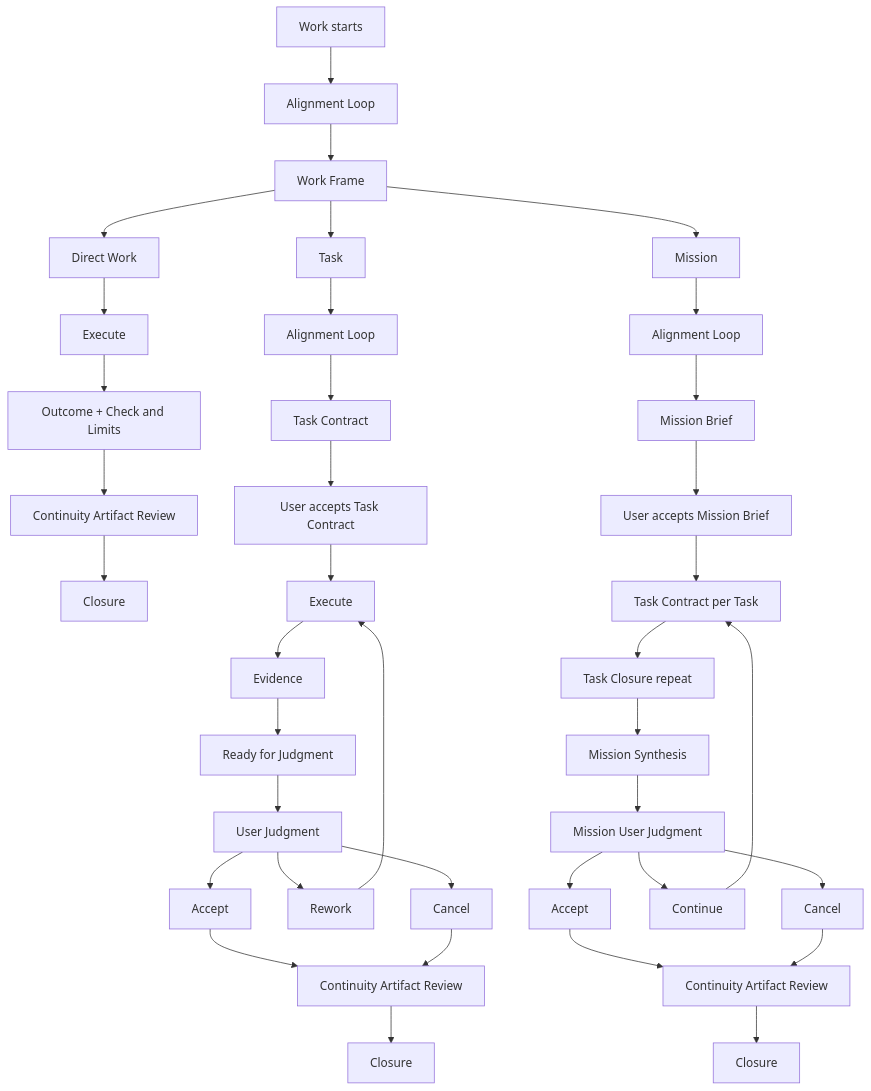
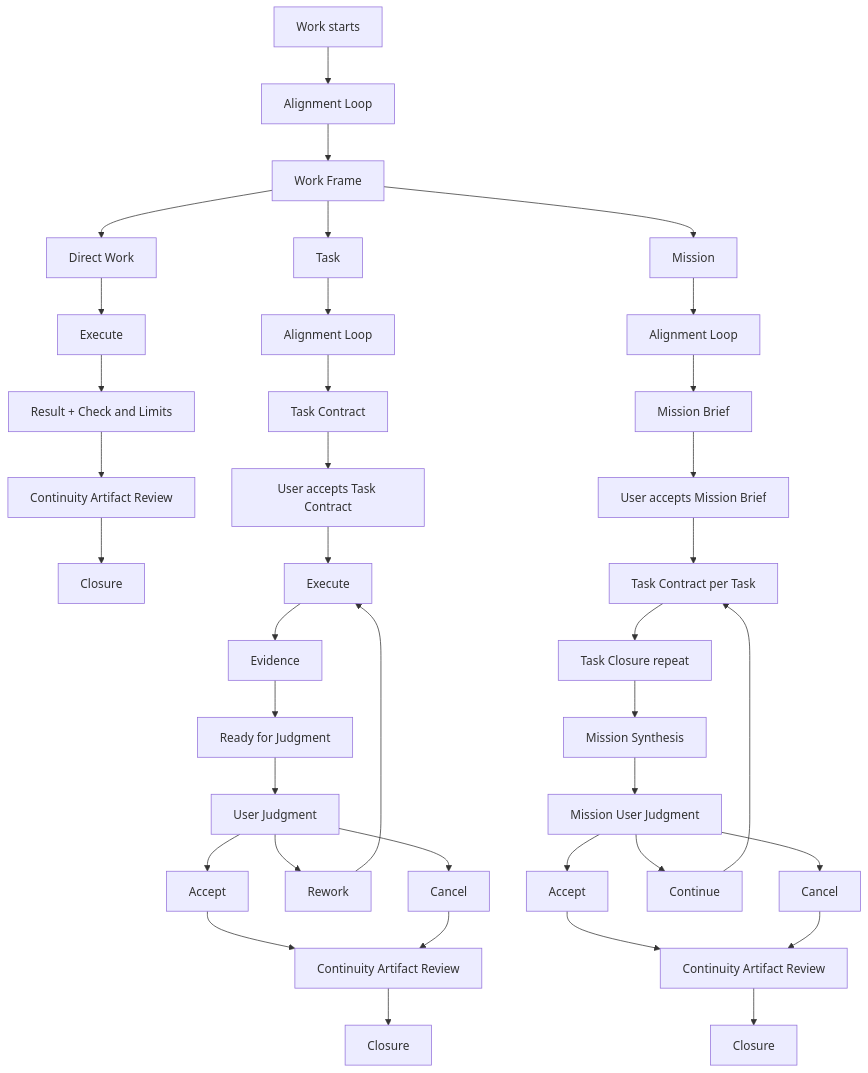
The diagram in docs/workflow/index.md (choam2426/Geas), drawn with Mermaid before and after one commit. The commit also changed other lines of this file and 5 other files, not shown here.

Commit message:
docs: refine evidence judgment flow

````diff
--- a/docs/workflow/index.md
+++ b/docs/workflow/index.md
@@ -34,44 +34,44 @@
 ```mermaid
 flowchart TD
   start["Work starts"] --> align["Alignment Loop"]
   align --> frame["Work Frame"]
 
   frame --> direct["Direct Work"]
   frame --> task["Task"]
   frame --> mission["Mission"]
 
   direct --> directExecute["Execute"]
-  directExecute --> directOutcome["Outcome + Check and Limits"]
-  directOutcome --> directContinuity["Continuity Artifact Review"]
+  directExecute --> directResult["Result + Check and Limits"]
+  directResult --> directContinuity["Continuity Artifact Review"]
   directContinuity --> directClosure["Closure"]
 
   task --> taskAlign["Alignment Loop"]
   taskAlign --> contract["Task Contract"]
   contract --> contractAccept["User accepts Task Contract"]
   contractAccept --> taskExecute["Execute"]
   taskExecute --> taskEvidence["Evidence"]
   taskEvidence --> taskReady["Ready for Judgment"]
   taskReady --> taskJudgment["User Judgment"]
   taskJudgment --> taskAccept["Accept"]
   taskAccept --> taskContinuity["Continuity Artifact Review"]
   taskContinuity --> taskClosure["Closure"]
   taskJudgment --> taskRework["Rework"]
   taskJudgment --> taskCancel["Cancel"]
   taskRework --> taskExecute
   taskCancel --> taskContinuity
 
   mission --> missionAlign["Alignment Loop"]
   missionAlign --> brief["Mission Brief"]
   brief --> briefAccept["User accepts Mission Brief"]
   briefAccept --> taskLoop["Task Contract per Task"]
   taskLoop --> taskRepeat["Task Closure repeat"]
   taskRepeat --> synthesis["Mission Synthesis"]
   synthesis --> missionJudgment["Mission User Judgment"]
   missionJudgment --> missionAccept["Accept"]
   missionAccept --> missionContinuity["Continuity Artifact Review"]
   missionContinuity --> missionClosure["Closure"]
   missionJudgment --> missionContinue["Continue"]
   missionJudgment --> missionCancel["Cancel"]
   missionContinue --> taskLoop
   missionCancel --> missionContinuity
 ```
````
